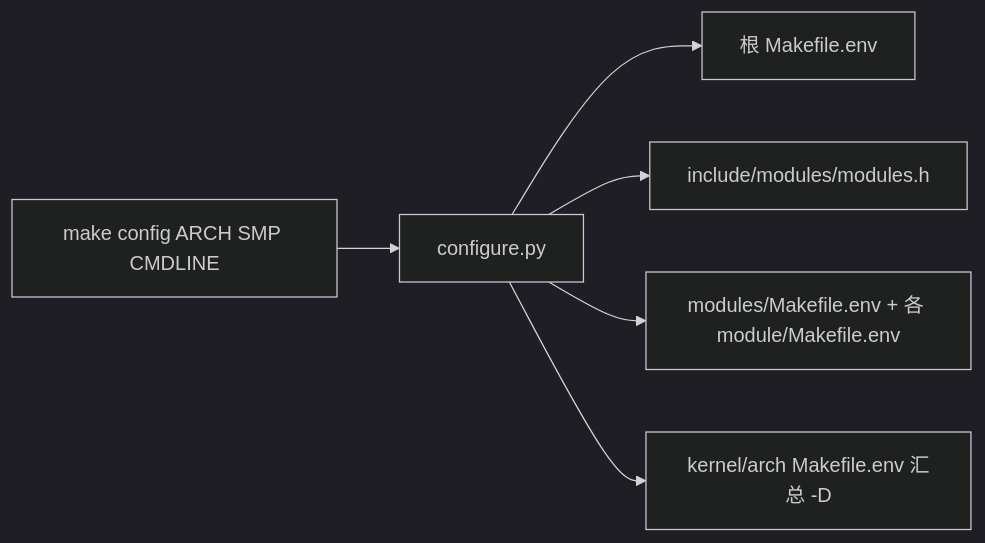
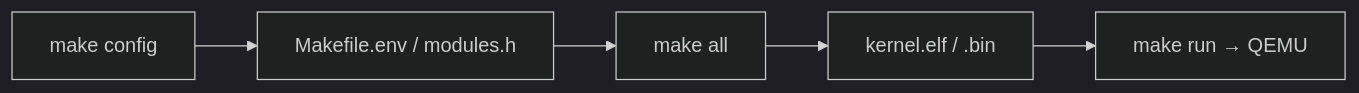
One commit to ZhiyuanSue/RendezvOS changed the first of 2 diagrams in docs/v0.1/full/00-总览/构建与链接.md. Above: the diagram before and after it, drawn with Mermaid (dark theme). The commit also changed other lines of this file and 1 other file, not shown here.

````diff
--- a/docs/v0.1/full/00-总览/构建与链接.md
+++ b/docs/v0.1/full/00-总览/构建与链接.md
@@ -225,8 +248,7 @@
 ```mermaid
 flowchart LR
-  A[make config ARCH SMP CMDLINE] --> B[configure.py]
-  B --> C[根 Makefile.env]
-  B --> D[include/modules/modules.h]
-  B --> E[modules/Makefile.env + 各 module/Makefile.env]
-  B --> F[kernel/arch Makefile.env 汇总 -D]
+  A["make config"] --> B["Makefile.env / modules.h"]
+  B --> C["make all"]
+  C --> D["kernel.elf / .bin"]
+  D --> E["make run → QEMU"]
 ```
````
